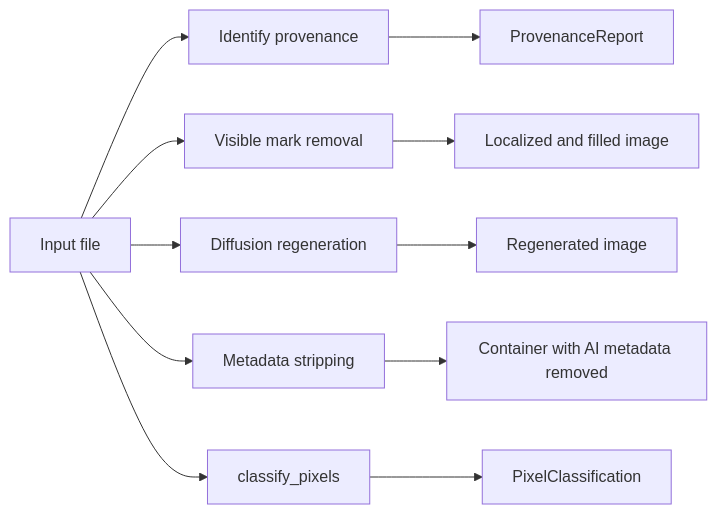
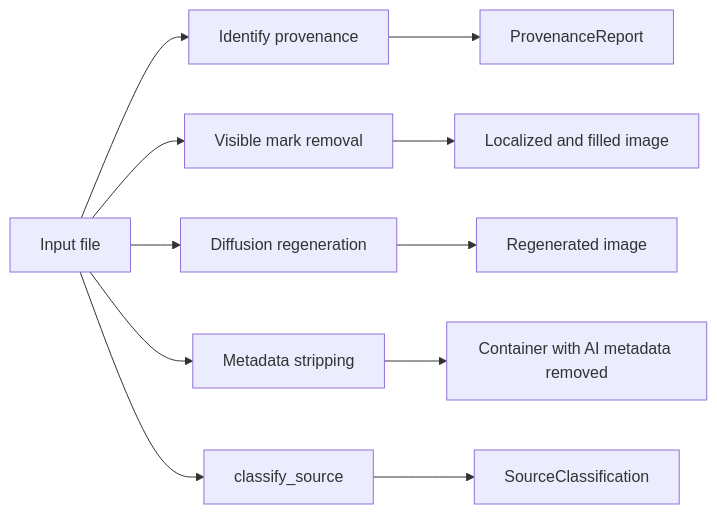
The diagram in docs/module-internals.md (wiltodelta/remove-ai-watermarks), drawn with Mermaid before and after one commit. The commit also changed other lines of this file and 51 other files, not shown here.

Commit message:
Retire photo-classify stack, synthesize source-classify Hub config, update docs

````diff
--- a/docs/module-internals.md
+++ b/docs/module-internals.md
@@ -17,14 +17,14 @@
 ```mermaid
 flowchart LR
     Input[Input file] --> Identify[Identify provenance]
     Input --> Visible[Visible mark removal]
     Input --> Invisible[Diffusion regeneration]
     Input --> Metadata[Metadata stripping]
-    Input --> Classify[classify_pixels]
+    Input --> ClassifySource[classify_source]
 
     Identify --> Report[ProvenanceReport]
     Visible --> VisibleOutput[Localized and filled image]
     Invisible --> InvisibleOutput[Regenerated image]
     Metadata --> MetadataOutput[Container with AI metadata removed]
-    Classify --> PixelClassification
+    ClassifySource --> SourceClassification
 ```
````
